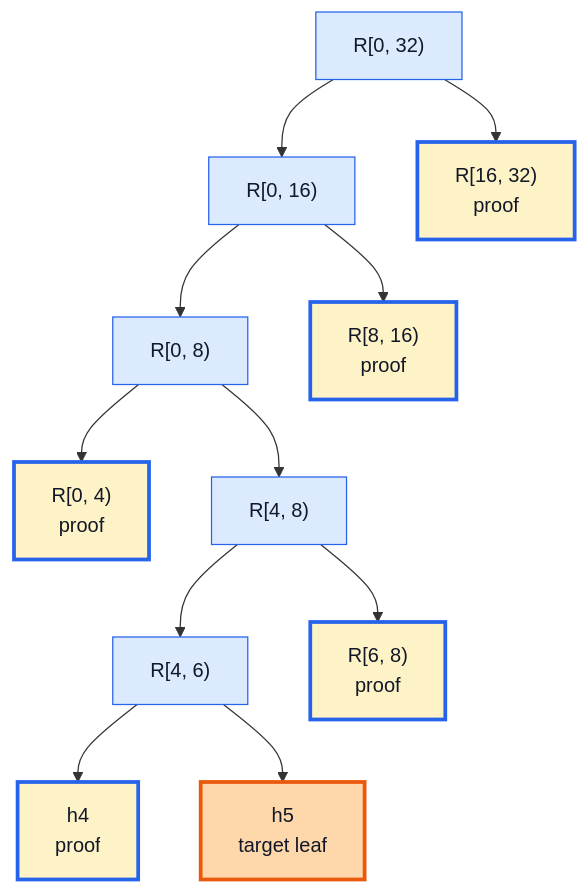
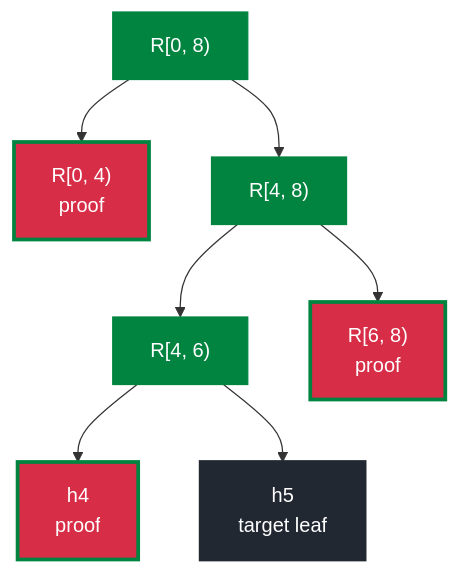
Before and after one commit to microsoft/merklecpp: diagram 14 of 20 in doc/tiles-illustrated.rst, drawn with Mermaid. The commit also changed other lines of this file, not shown here.

First line of the commit message:
Align illustrated guide with proof atlas

```diff
--- a/doc/tiles-illustrated.rst
+++ b/doc/tiles-illustrated.rst
@@ -500,29 +498,21 @@
 .. mermaid::
 
    flowchart TB
-     R032["R[0, 32)"]:::tile
-     R016["R[0, 16)"]:::tile
-     P1632["R[16, 32)<br/>proof"]:::proofTile
      R08["R[0, 8)"]:::tile
-     P816["R[8, 16)<br/>proof"]:::proofTile
      P04["R[0, 4)<br/>proof"]:::proofTile
      R48["R[4, 8)"]:::tile
      R46["R[4, 6)"]:::tile
      P68["R[6, 8)<br/>proof"]:::proofTile
      P4["h4<br/>proof"]:::proofTile
      X5["h5<br/>target leaf"]:::target
 
-     R032 --> R016
-     R032 --> P1632
-     R016 --> R08
-     R016 --> P816
      R08 --> P04
      R08 --> R48
      R48 --> R46
      R48 --> P68
      R46 --> P4
      R46 --> X5
 
-     classDef tile fill:#dbeafe,stroke:#2563eb,color:#111827
-     classDef target fill:#fed7aa,stroke:#ea580c,stroke-width:3px,color:#111827
-     classDef proofTile fill:#fef3c7,stroke:#2563eb,stroke-width:3px,color:#111827
+     classDef tile fill:#00843f,stroke:#00843f,color:#ffffff
+     classDef target fill:#222832,stroke:#222832,stroke-width:3px,color:#ffffff
+     classDef proofTile fill:#d72d47,stroke:#00843f,stroke-width:3px,color:#ffffff
```
